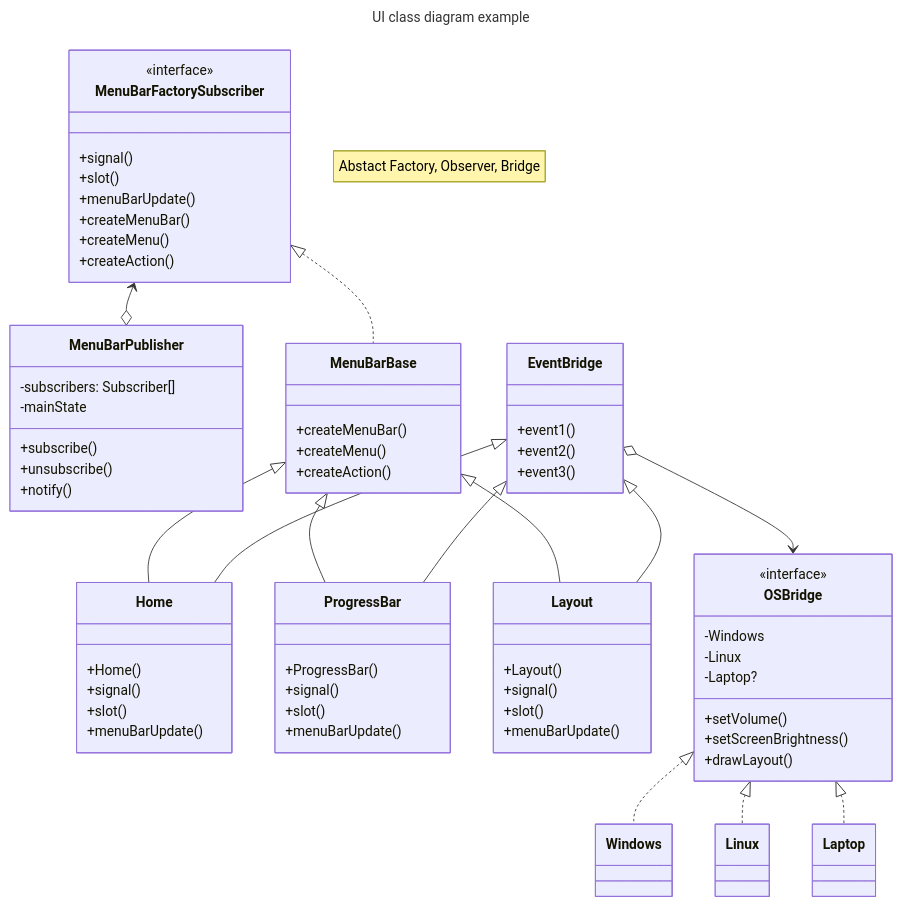
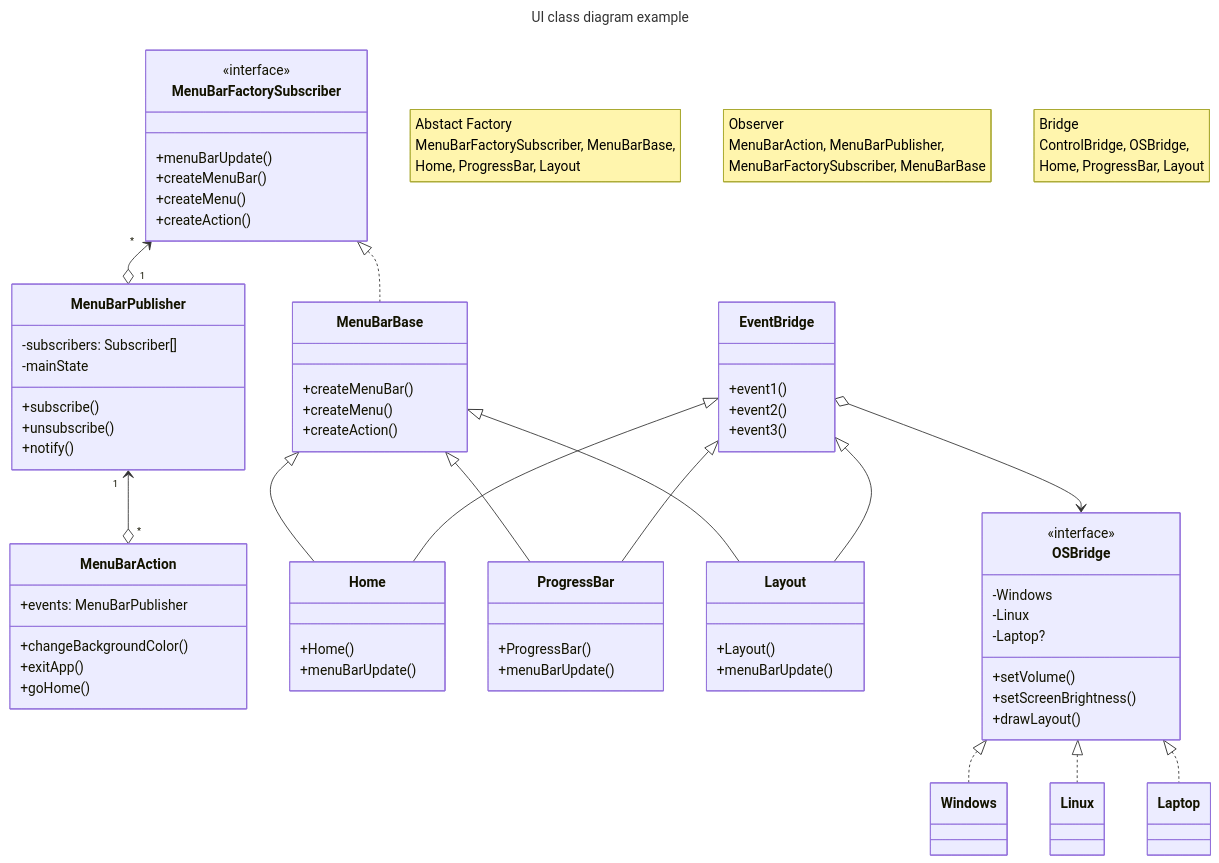
The first of 2 diagrams in qt_ws/README.md (ssarl2/cpp-practice), drawn with Mermaid before and after one commit.

Commit message:
Update the class diagram

```diff
--- a/qt_ws/README.md
+++ b/qt_ws/README.md
@@ -70,8 +70,17 @@
 title: UI class diagram example
 ---
 classDiagram
-    note "Abstact Factory, Observer, Bridge"
-    MenuBarFactorySubscriber <--o MenuBarPublisher
+    note "Abstact Factory
+    MenuBarFactorySubscriber, MenuBarBase, 
+    Home, ProgressBar, Layout"
+    note "Observer
+    MenuBarAction, MenuBarPublisher, 
+    MenuBarFactorySubscriber, MenuBarBase"
+    note "Bridge
+    ControlBridge, OSBridge, 
+    Home, ProgressBar, Layout"
+    MenuBarPublisher "1" <--o "*" MenuBarAction
+    MenuBarFactorySubscriber "*" <--o "1" MenuBarPublisher
     MenuBarFactorySubscriber <|.. MenuBarBase
     MenuBarBase <|-- Home
     MenuBarBase <|-- ProgressBar
@@ -84,6 +93,13 @@
     OSBridge <|.. Linux
     OSBridge <|.. Laptop
 
+
+    class MenuBarAction{
+        +events: MenuBarPublisher
+        +changeBackgroundColor()
+        +exitApp()
+        +goHome()
+    }
     class MenuBarPublisher{
         -subscribers: Subscriber[]
         -mainState
@@ -93,8 +109,6 @@
     }
     class MenuBarFactorySubscriber{
         <<interface>>
-        +signal()
-        +slot()
         +menuBarUpdate()
         +createMenuBar()
         +createMenu()
@@ -107,20 +121,14 @@
     }
     class Home{
         +Home()
-        +signal()
-        +slot()
         +menuBarUpdate()
     }
     class ProgressBar{
         +ProgressBar()
-        +signal()
-        +slot()
         +menuBarUpdate()
     }
     class Layout{
         +Layout()
-        +signal()
-        +slot()
         +menuBarUpdate()
     }
     class EventBridge{
```
